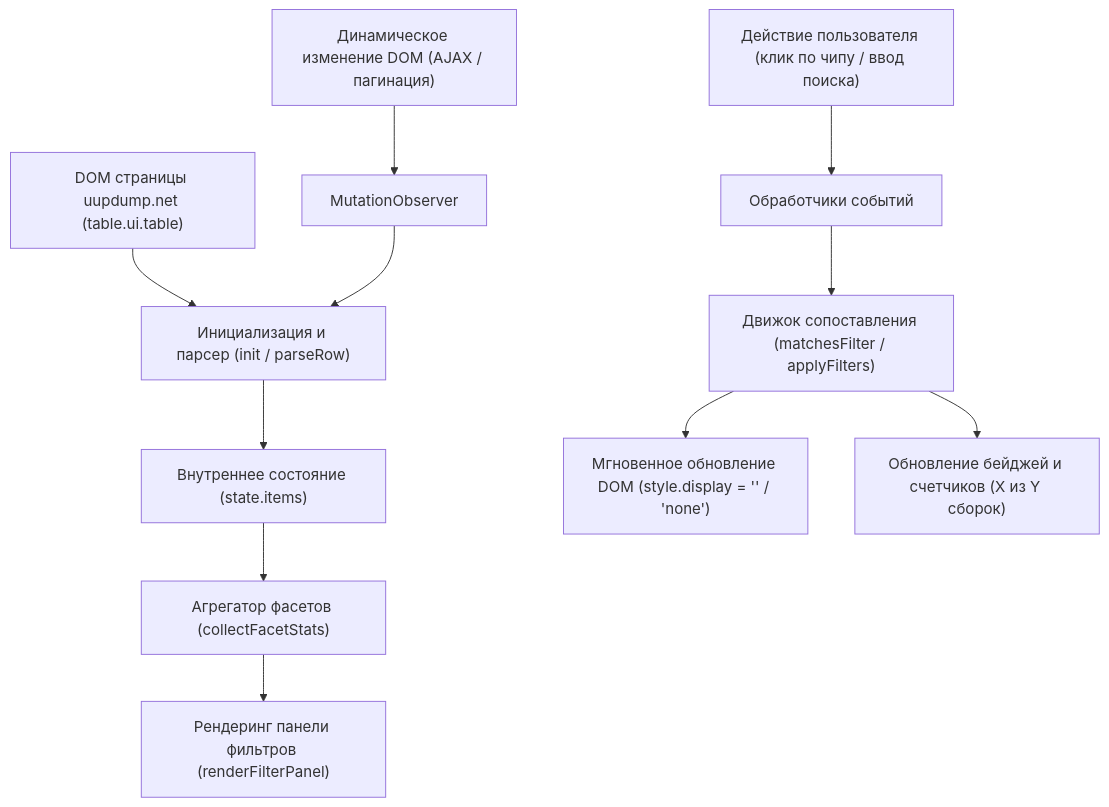
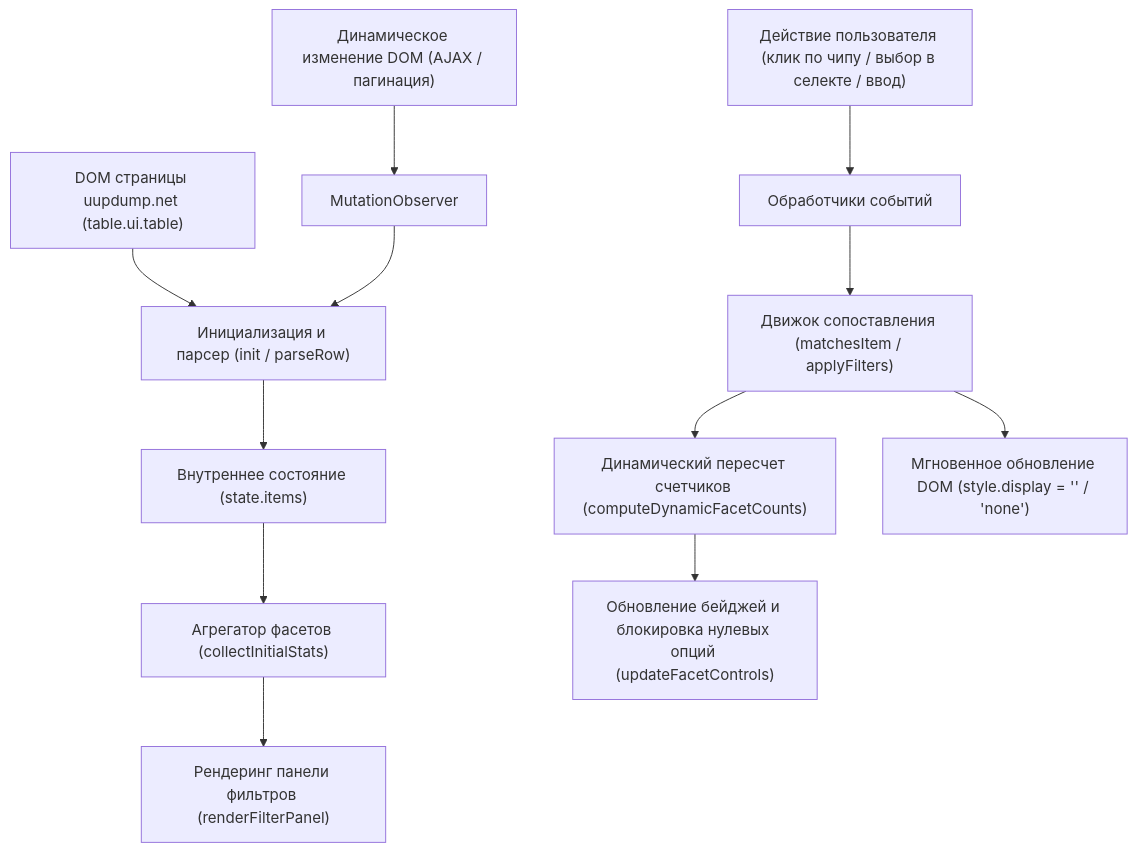
The diagram in ARCHITECTURE.md (BasimovIF-AI/userscript-uupdump), drawn with Mermaid before and after one commit. The commit also changed other lines of this file and 6 other files, not shown here.

Commit message:
feat: release v1.2.0 with build dropdown and dynamic facet count recalculation with zero-option disabling

````diff
--- a/ARCHITECTURE.md
+++ b/ARCHITECTURE.md
@@ -9,15 +9,16 @@
 ```mermaid
 flowchart TD
     DOM["DOM страницы uupdump.net (table.ui.table)"] --> Scanner["Инициализация и парсер (init / parseRow)"]
     Scanner --> State["Внутреннее состояние (state.items)"]
-    State --> Facets["Агрегатор фасетов (collectFacetStats)"]
+    State --> Facets["Агрегатор фасетов (collectInitialStats)"]
     Facets --> UI["Рендеринг панели фильтров (renderFilterPanel)"]
     
-    UserAction["Действие пользователя (клик по чипу / ввод поиска)"] --> EventHandlers["Обработчики событий"]
-    EventHandlers --> FilterEngine["Движок сопоставления (matchesFilter / applyFilters)"]
+    UserAction["Действие пользователя (клик по чипу / выбор в селекте / ввод)"] --> EventHandlers["Обработчики событий"]
+    EventHandlers --> FilterEngine["Движок сопоставления (matchesItem / applyFilters)"]
+    FilterEngine --> DynamicRecalc["Динамический пересчет счетчиков (computeDynamicFacetCounts)"]
     FilterEngine --> DOMUpdate["Мгновенное обновление DOM (style.display = '' / 'none')"]
-    FilterEngine --> BadgeUpdate["Обновление бейджей и счетчиков (X из Y сборок)"]
+    DynamicRecalc --> ControlState["Обновление бейджей и блокировка нулевых опций (updateFacetControls)"]
     
     DOMChange["Динамическое изменение DOM (AJAX / пагинация)"] --> MutationObserver["MutationObserver"]
     MutationObserver --> Scanner
 ```
````
